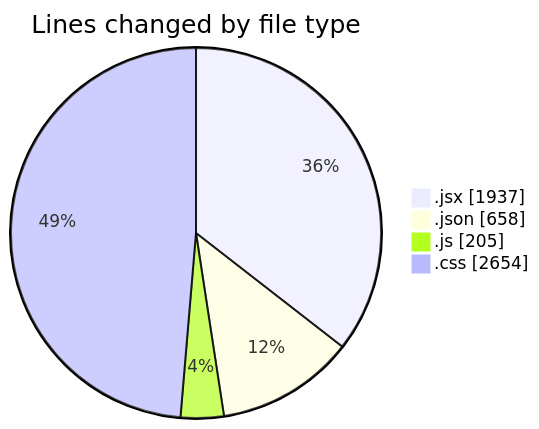
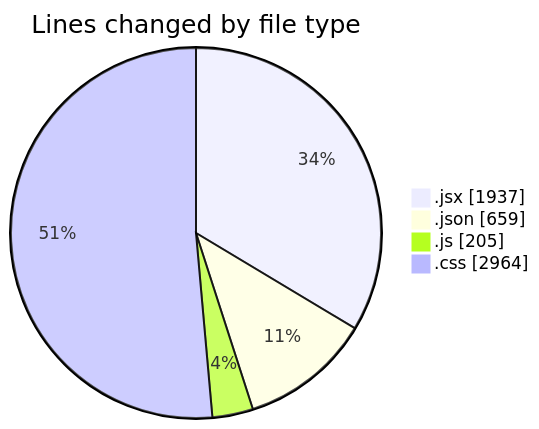
Before and after one commit to BS-eng2023/code-tracking: the first of 2 diagrams in 2025-05-04/project/README.md, drawn with Mermaid. The commit also changed other lines of this file and 1 other file, not shown here.

````diff
--- a/2025-05-04/project/README.md
+++ b/2025-05-04/project/README.md
@@ -43,8 +43,8 @@
 ```mermaid
 pie showData
 title Lines changed by file type
 ".jsx" : 1937
-".json" : 658
+".json" : 659
 ".js" : 205
-".css" : 2654
+".css" : 2964
 ```
````
